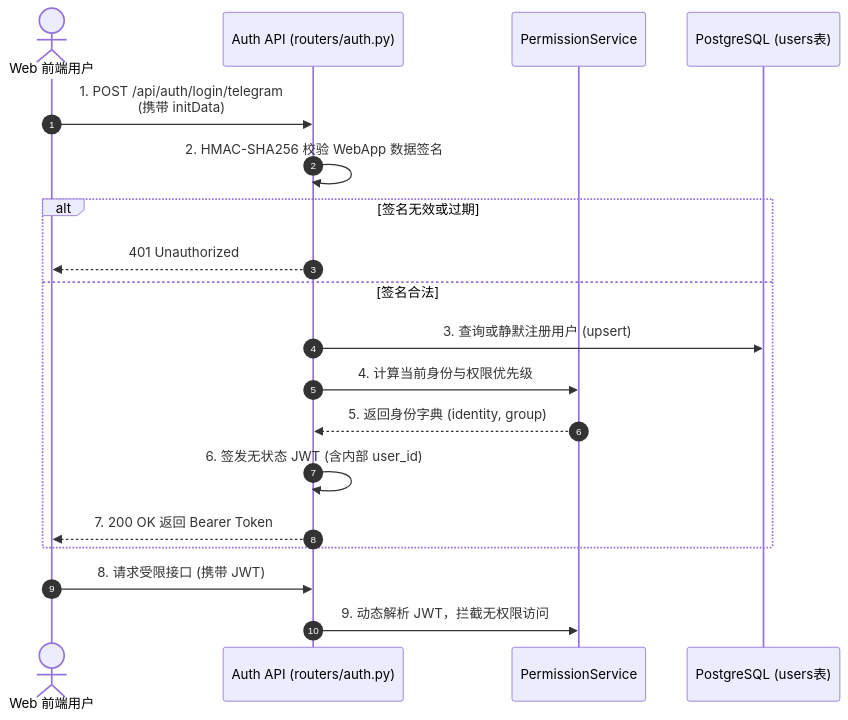
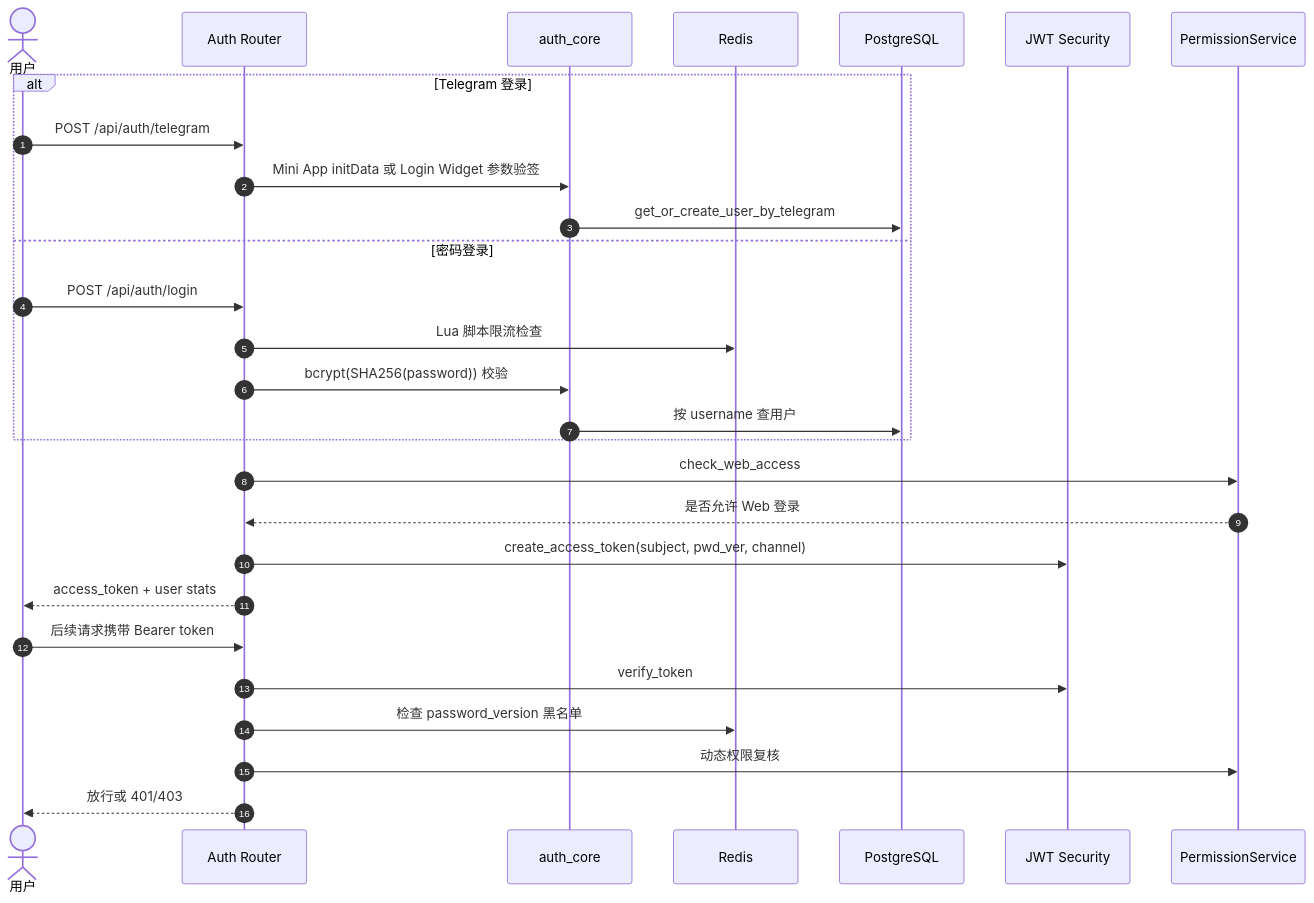
The diagram in docs/子模块_用户认证与权限_user_auth_permission.md (giraffu/All_bot), drawn with Mermaid before and after one commit. The commit also changed other lines of this file and 23 other files, not shown here.

````diff
--- a/docs/子模块_用户认证与权限_user_auth_permission.md
+++ b/docs/子模块_用户认证与权限_user_auth_permission.md
@@ -8,23 +15,33 @@
 ```mermaid
 sequenceDiagram
     autonumber
-    actor U as Web 前端用户
-    participant Auth as Auth API (routers/auth.py)
-    participant PS as PermissionService
-    participant PG as PostgreSQL (users表)
-    
-    U->>Auth: 1. POST /api/auth/login/telegram<br>(携带 initData)
-    Auth->>Auth: 2. HMAC-SHA256 校验 WebApp 数据签名
-    alt 签名无效或过期
-        Auth-->>U: 401 Unauthorized
-    else 签名合法
-        Auth->>PG: 3. 查询或静默注册用户 (upsert)
-        Auth->>PS: 4. 计算当前身份与权限优先级
-        PS-->>Auth: 5. 返回身份字典 (identity, group)
-        Auth->>Auth: 6. 签发无状态 JWT (含内部 user_id)
-        Auth-->>U: 7. 200 OK 返回 Bearer Token
+    actor U as 用户
+    participant API as Auth Router
+    participant Core as auth_core
+    participant Redis as Redis
+    participant PG as PostgreSQL
+    participant Sec as JWT Security
+    participant Perm as PermissionService
+
+    alt Telegram 登录
+        U->>API: POST /api/auth/telegram
+        API->>Core: Mini App initData 或 Login Widget 参数验签
+        Core->>PG: get_or_create_user_by_telegram
+    else 密码登录
+        U->>API: POST /api/auth/login
+        API->>Redis: Lua 脚本限流检查
+        API->>Core: bcrypt(SHA256(password)) 校验
+        Core->>PG: 按 username 查用户
     end
-    
-    U->>Auth: 8. 请求受限接口 (携带 JWT)
-    Auth->>PS: 9. 动态解析 JWT，拦截无权限访问
+
+    API->>Perm: check_web_access
+    Perm-->>API: 是否允许 Web 登录
+    API->>Sec: create_access_token(subject, pwd_ver, channel)
+    API-->>U: access_token + user stats
+
+    U->>API: 后续请求携带 Bearer token
+    API->>Sec: verify_token
+    API->>Redis: 检查 password_version 黑名单
+    API->>Perm: 动态权限复核
+    API-->>U: 放行或 401/403
 ```
````
